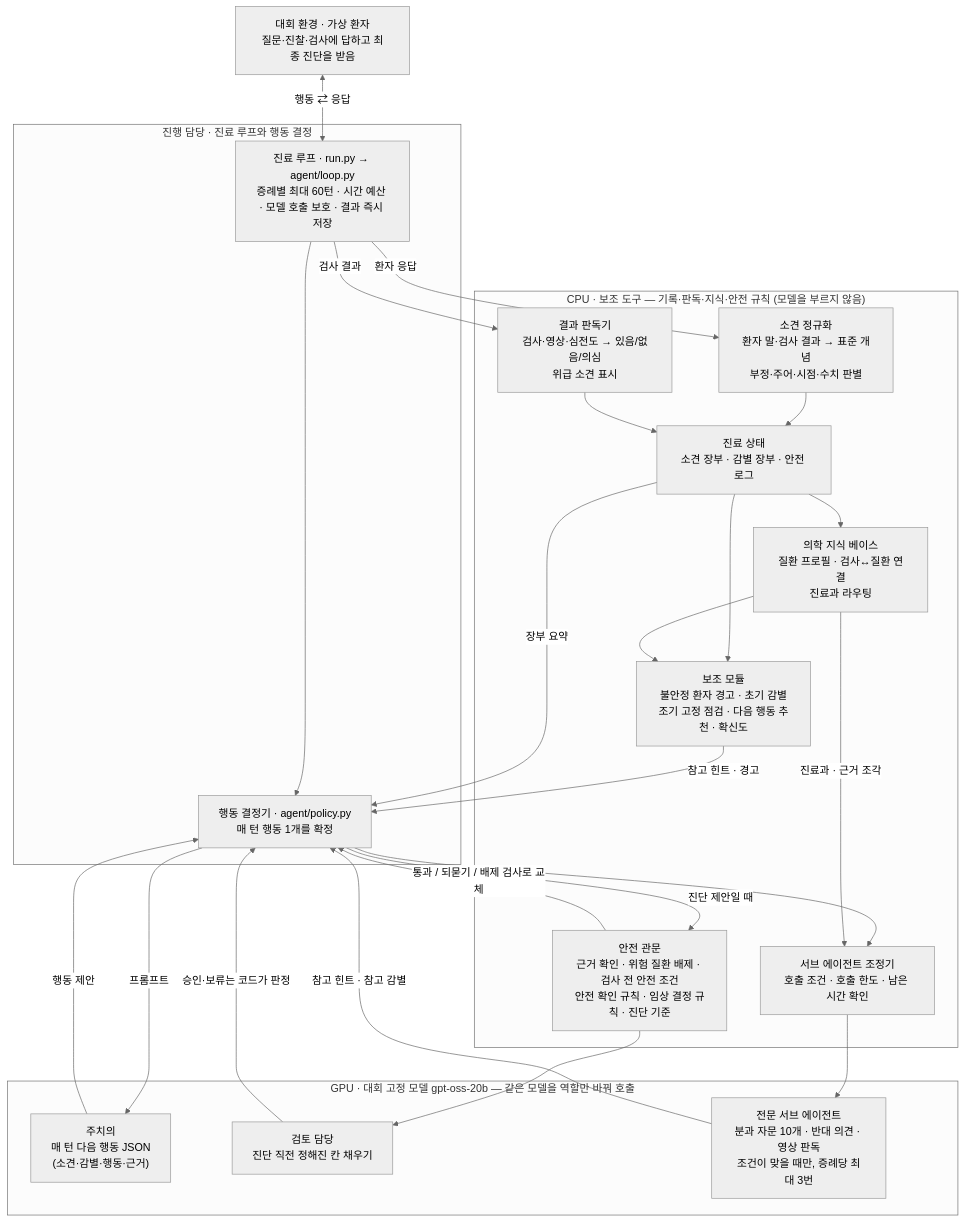
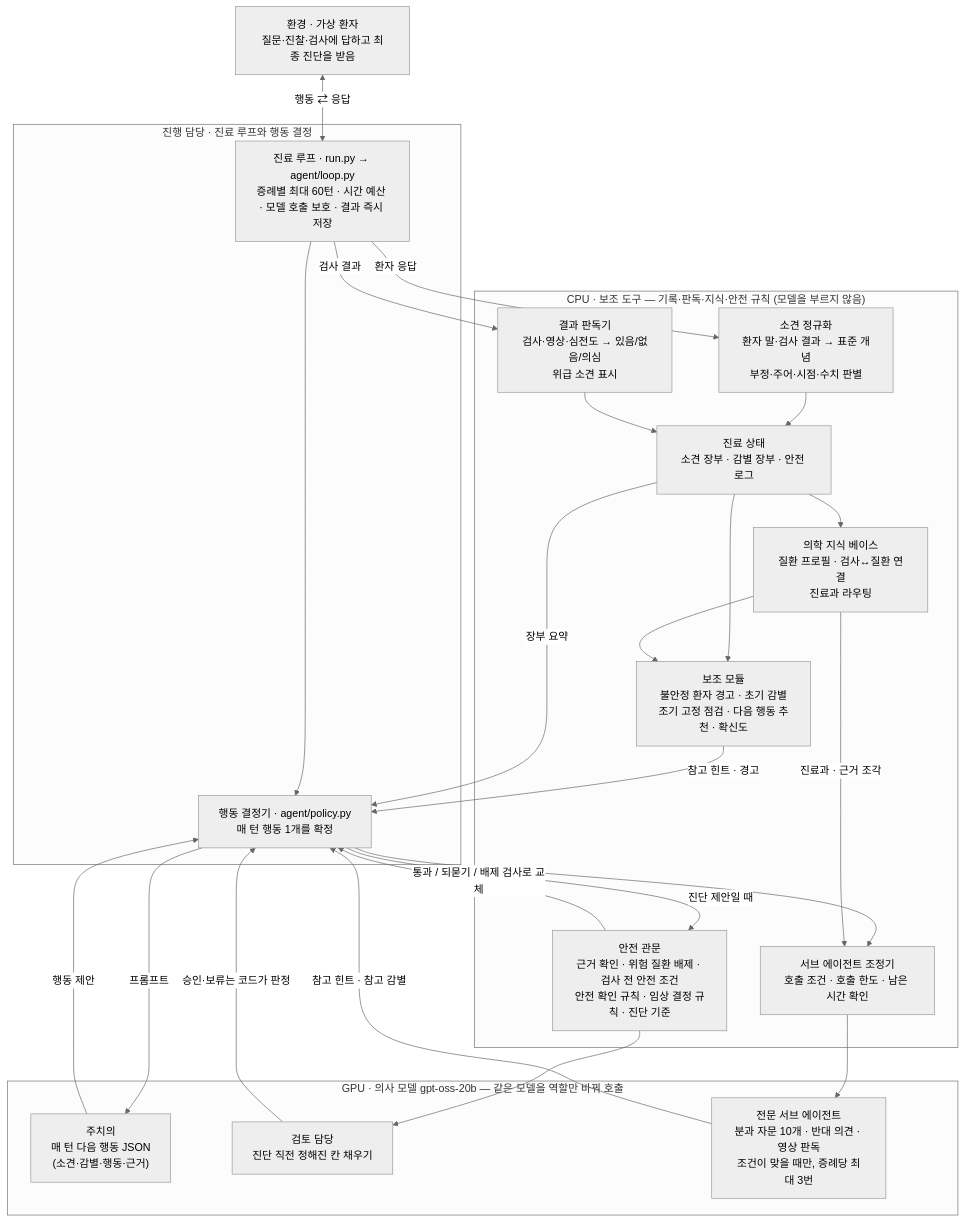
The first of 2 diagrams in README.md (yunseul6028/Doctor-Agent), drawn with Mermaid (neutral theme) before and after one commit. The commit also changed other lines of this file and 21 other files, not shown here.

````diff
--- a/README.md
+++ b/README.md
@@ -29,47 +36,47 @@
 ```mermaid
 flowchart TB
-    ENV["대회 환경 · 가상 환자<br/>질문·진찰·검사에 답하고 최종 진단을 받음"]
+    ENV["환경 · 가상 환자<br/>질문·진찰·검사에 답하고 최종 진단을 받음"]
 
     subgraph RUN["진행 담당 · 진료 루프와 행동 결정"]
         LOOP["진료 루프 · run.py → agent/loop.py<br/>증례별 최대 60턴 · 시간 예산 · 모델 호출 보호 · 결과 즉시 저장"]
         POLICY["행동 결정기 · agent/policy.py<br/>매 턴 행동 1개를 확정"]
     end
 
-    subgraph GPU["GPU · 대회 고정 모델 gpt-oss-20b — 같은 모델을 역할만 바꿔 호출"]
+    subgraph GPU["GPU · 의사 모델 gpt-oss-20b — 같은 모델을 역할만 바꿔 호출"]
         DOC["주치의<br/>매 턴 다음 행동 JSON<br/>(소견·감별·행동·근거)"]
         REV["검토 담당<br/>진단 직전 정해진 칸 채우기"]
         SUB["전문 서브 에이전트<br/>분과 자문 10개 · 반대 의견 · 영상 판독<br/>조건이 맞을 때만, 증례당 최대 3번"]
     end
 
     subgraph CPU["CPU · 보조 도구 — 기록·판독·지식·안전 규칙 (모델을 부르지 않음)"]
         NLP["소견 정규화<br/>환자 말·검사 결과 → 표준 개념<br/>부정·주어·시점·수치 판별"]
         INTERP["결과 판독기<br/>검사·영상·심전도 → 있음/없음/의심<br/>위급 소견 표시"]
         STATE["진료 상태<br/>소견 장부 · 감별 장부 · 안전 로그"]
         KB["의학 지식 베이스<br/>질환 프로필 · 검사↔질환 연결<br/>진료과 라우팅"]
         ADV["보조 모듈<br/>불안정 환자 경고 · 초기 감별<br/>조기 고정 점검 · 다음 행동 추천 · 확신도"]
         SAFE["안전 관문<br/>근거 확인 · 위험 질환 배제 · 검사 전 안전 조건<br/>안전 확인 규칙 · 임상 결정 규칙 · 진단 기준"]
         ORC["서브 에이전트 조정기<br/>호출 조건 · 호출 한도 · 남은 시간 확인"]
     end
 
     ENV <-->|"행동 ⇄ 응답"| LOOP
     LOOP --> POLICY
     LOOP -->|"환자 응답"| NLP
     LOOP -->|"검사 결과"| INTERP
     NLP --> STATE
     INTERP --> STATE
     STATE --> ADV
     STATE --> KB
     KB --> ADV
     ADV -->|"참고 힌트 · 경고"| POLICY
     STATE -->|"장부 요약"| POLICY
     POLICY -->|"프롬프트"| DOC
     DOC -->|"행동 제안"| POLICY
     POLICY -->|"진단 제안일 때"| SAFE
     SAFE -->|"통과 / 되묻기 / 배제 검사로 교체"| POLICY
     SAFE --> REV
     REV -->|"승인·보류는 코드가 판정"| POLICY
     POLICY --> ORC
     KB -->|"진료과 · 근거 조각"| ORC
     ORC --> SUB
     SUB -->|"참고 힌트 · 참고 감별"| POLICY
 ```
````
